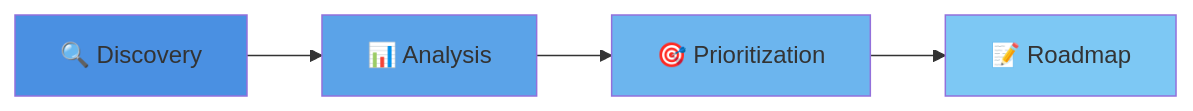
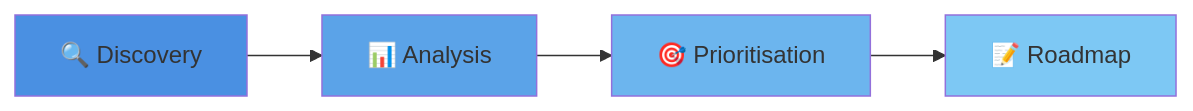
One commit to Nautomation-Prime/nautomation-prime.github.io changed the first of 2 diagrams in docs/prime-framework/pinpoint.md. Above: the diagram before and after it, drawn with Mermaid. The commit also changed other lines of this file and 6 other files, not shown here.

````diff
--- a/docs/prime-framework/pinpoint.md
+++ b/docs/prime-framework/pinpoint.md
@@ -17,11 +17,11 @@
 ```mermaid
 graph LR
     A[🔍 Discovery] --> B[📊 Analysis]
-    B --> C[🎯 Prioritization]
+    B --> C[🎯 Prioritisation]
     C --> D[📝 Roadmap]
     
     style A fill:#4A90E2
     style B fill:#5BA3E8
     style C fill:#6CB5EE
     style D fill:#7DC8F4
 ```
````
